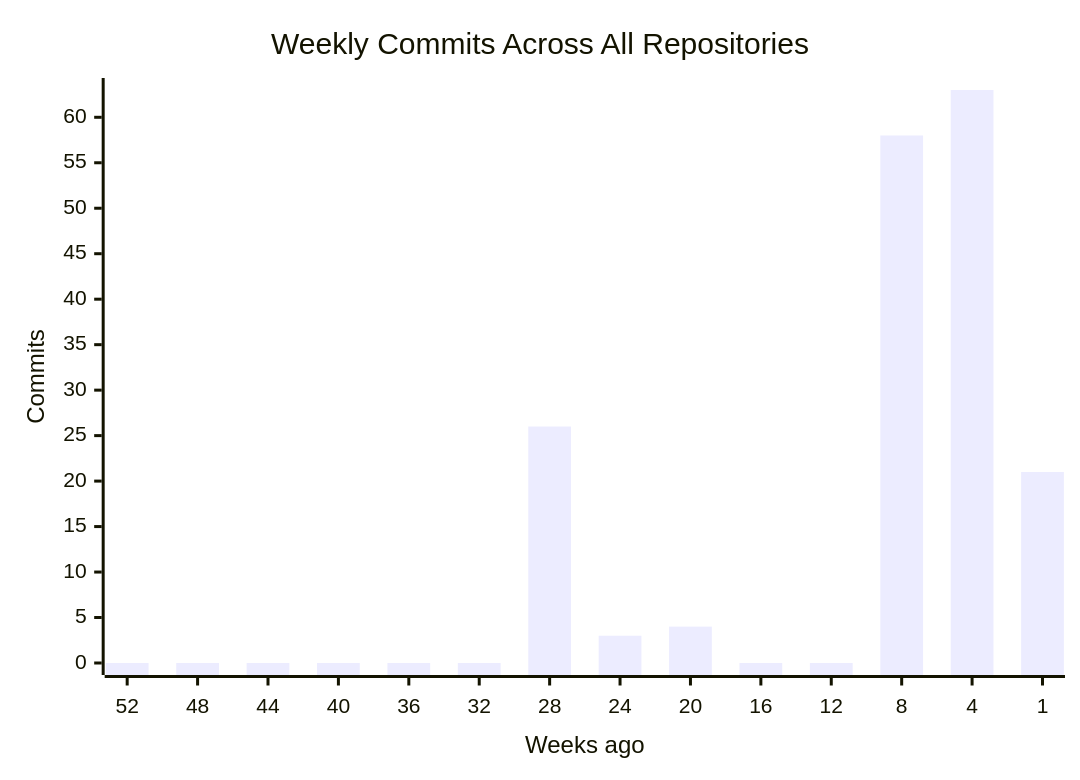
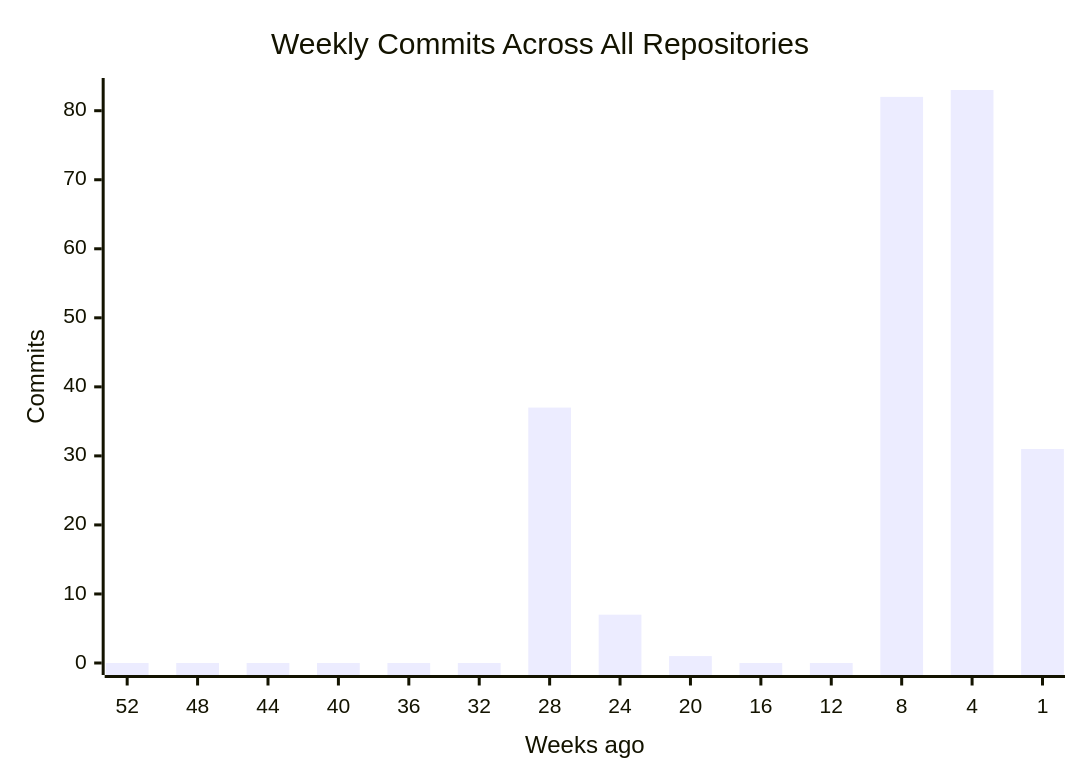
The first of 4 diagrams in profile/README.md (CSTH-Projects/.github), drawn with Mermaid before and after one commit. The commit also changed other lines of this file, not shown here.

````diff
--- a/profile/README.md
+++ b/profile/README.md
@@ -16,7 +16,7 @@
 ```mermaid
 xychart-beta
     title "Weekly Commits Across All Repositories"
     x-axis "Weeks ago" [52, 48, 44, 40, 36, 32, 28, 24, 20, 16, 12, 8, 4, 1]
     y-axis "Commits"
-    bar [0, 0, 0, 0, 0, 0, 26, 3, 4, 0, 0, 58, 63, 21]
+    bar [0, 0, 0, 0, 0, 0, 37, 7, 1, 0, 0, 82, 83, 31]
 ```
````
